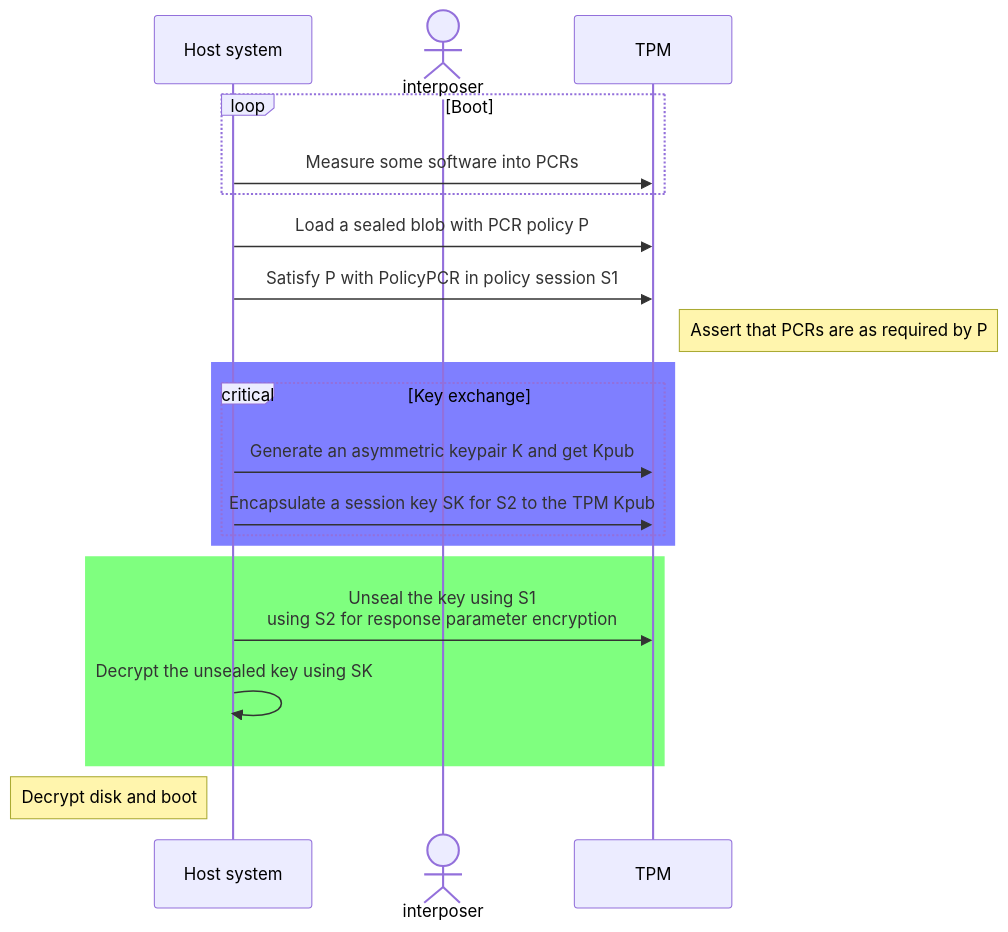
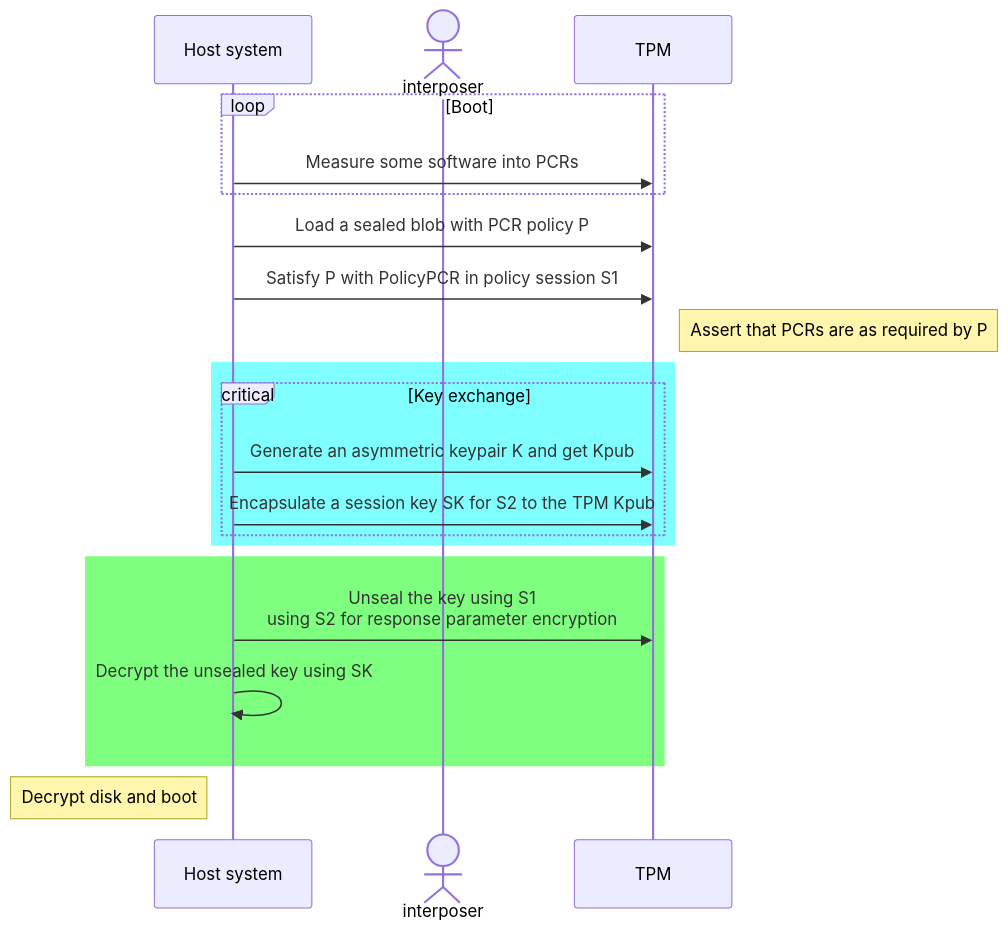
Before and after one commit to chrisfenner/chrisfenner.github.io: the second of 2 diagrams in _posts/2024-02-07-tpm-genie.md, drawn with Mermaid. The commit also changed other lines of this file, not shown here.

```diff
--- a/_posts/2024-02-07-tpm-genie.md
+++ b/_posts/2024-02-07-tpm-genie.md
@@ -94,24 +94,24 @@
 <div class="mermaid">
 sequenceDiagram
     participant host as Host system
     actor interposer as interposer
     participant tpm as TPM
 
     loop Boot
         host->>tpm: Measure some software into PCRs
     end
     host->>tpm: Load a sealed blob with PCR policy P
     host->>tpm: Satisfy P with PolicyPCR in policy session S1
     note right of tpm: Assert that PCRs are as required by P
-    rect rgb(127, 127, 255)
+    rect rgb(127, 255, 255)
     critical Key exchange
         host->>tpm: Generate an asymmetric keypair K and get Kpub
         host->>tpm: Encapsulate a session key SK for S2 to the TPM Kpub
     end
     end
         rect rgb(127, 255, 127)
         host->>tpm: Unseal the key using S1 <br/> using S2 for response parameter encryption
         host->>host: Decrypt the unsealed key using SK
     end
     note left of host: Decrypt disk and boot
 </div>
```
